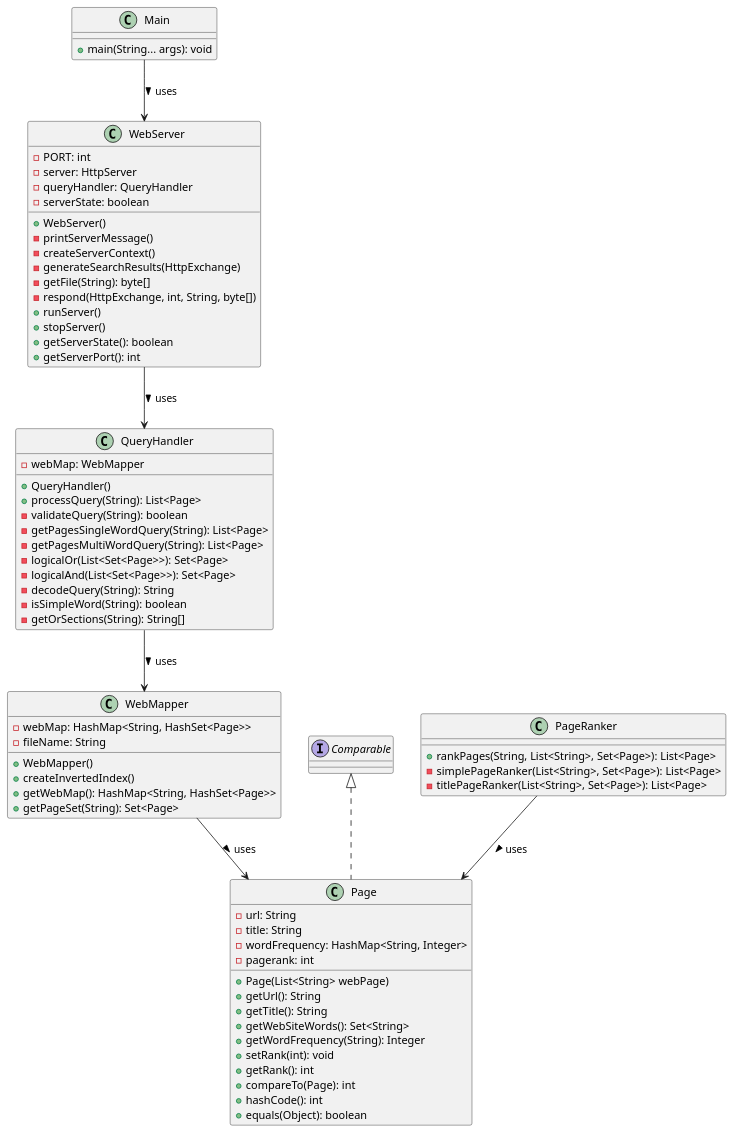
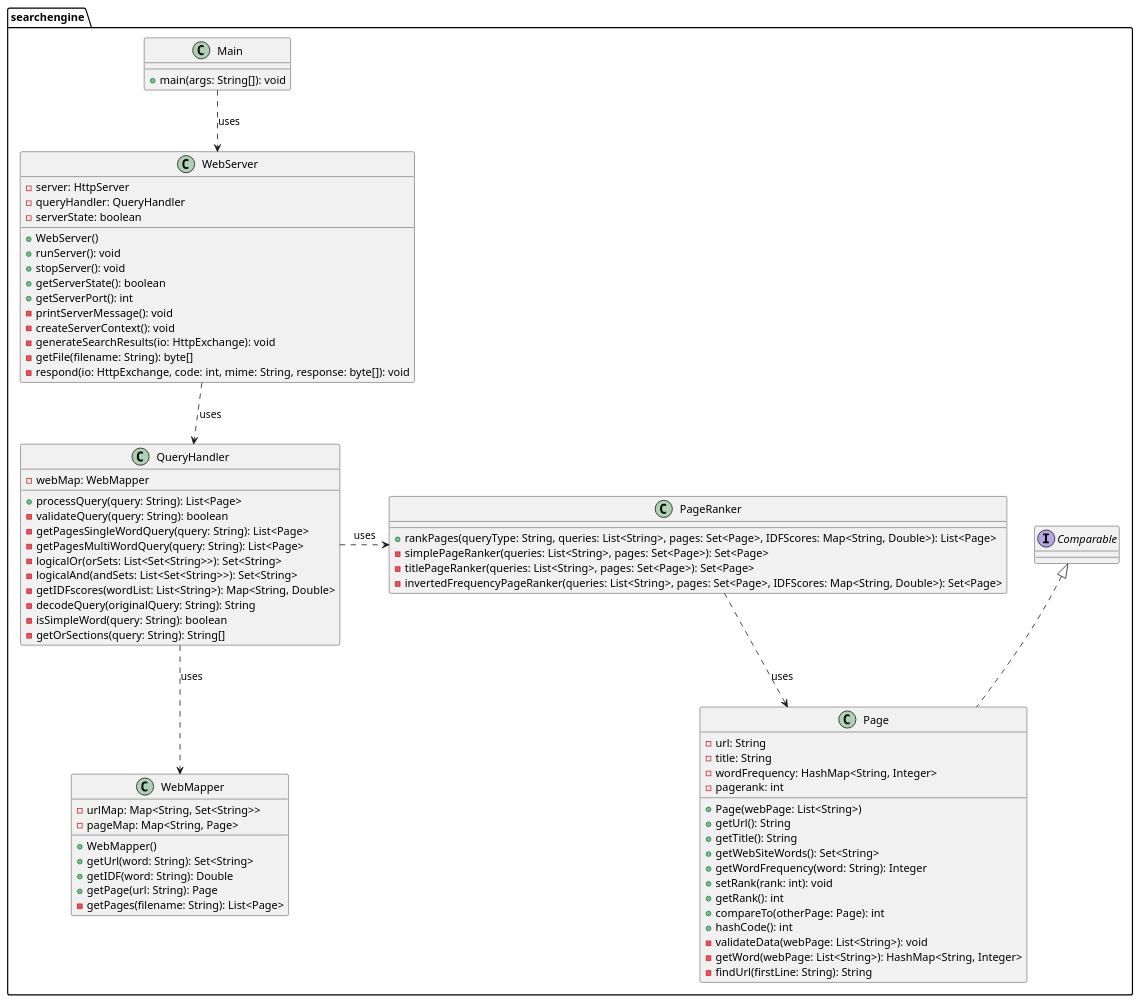
Before and after one commit to lmbenetti/web_search_engine: the diagram in classdiagram.puml, drawn with PlantUML. The commit also changed 2 other files, not shown here.

Commit message:
updated class diagram

```diff
--- a/classdiagram.puml
+++ b/classdiagram.puml
@@ -1,76 +1,80 @@
-@startuml classdiagram
+@startuml
+package searchengine {
 
-class Main {
-    +main(String... args): void
+    class Main {
+        + main(args: String[]): void
+    }
+
+    class Page implements Comparable {
+        - url: String
+        - title: String
+        - wordFrequency: HashMap<String, Integer>
+        - pagerank: int
+        + Page(webPage: List<String>)
+        + getUrl(): String
+        + getTitle(): String
+        + getWebSiteWords(): Set<String>
+        + getWordFrequency(word: String): Integer
+        + setRank(rank: int): void
+        + getRank(): int
+        + compareTo(otherPage: Page): int
+        + hashCode(): int
+        - validateData(webPage: List<String>): void
+        - getWord(webPage: List<String>): HashMap<String, Integer>
+        - findUrl(firstLine: String): String
+    }
+
+    class PageRanker {
+        + rankPages(queryType: String, queries: List<String>, pages: Set<Page>, IDFScores: Map<String, Double>): List<Page>
+        - simplePageRanker(queries: List<String>, pages: Set<Page>): Set<Page>
+        - titlePageRanker(queries: List<String>, pages: Set<Page>): Set<Page>
+        - invertedFrequencyPageRanker(queries: List<String>, pages: Set<Page>, IDFScores: Map<String, Double>): Set<Page>
+    }
+
+    class QueryHandler {
+        - webMap: WebMapper
+        + processQuery(query: String): List<Page>
+        - validateQuery(query: String): boolean
+        - getPagesSingleWordQuery(query: String): List<Page>
+        - getPagesMultiWordQuery(query: String): List<Page>
+        - logicalOr(orSets: List<Set<String>>): Set<String>
+        - logicalAnd(andSets: List<Set<String>>): Set<String>
+        - getIDFscores(wordList: List<String>): Map<String, Double>
+        - decodeQuery(originalQuery: String): String
+        - isSimpleWord(query: String): boolean
+        - getOrSections(query: String): String[]
+    }
+
+    class WebMapper {
+        - urlMap: Map<String, Set<String>>
+        - pageMap: Map<String, Page>
+        + WebMapper()
+        + getUrl(word: String): Set<String>
+        + getIDF(word: String): Double
+        + getPage(url: String): Page
+        - getPages(filename: String): List<Page>
+    }
+
+    class WebServer {
+        - server: HttpServer
+        - queryHandler: QueryHandler
+        - serverState: boolean
+        + WebServer()
+        + runServer(): void
+        + stopServer(): void
+        + getServerState(): boolean
+        + getServerPort(): int
+        - printServerMessage(): void
+        - createServerContext(): void
+        - generateSearchResults(io: HttpExchange): void
+        - getFile(filename: String): byte[]
+        - respond(io: HttpExchange, code: int, mime: String, response: byte[]): void
+    }
+
+    Main .down.> WebServer : uses
+    PageRanker .down.> Page : uses
+    QueryHandler .right.> PageRanker : uses
+    QueryHandler .down.> WebMapper : uses
+    WebServer .down.> QueryHandler : uses
 }
-
-class WebServer {
-    -PORT: int
-    -server: HttpServer
-    -queryHandler: QueryHandler
-    -serverState: boolean
-    +WebServer()
-    -printServerMessage()
-    -createServerContext()
-    -generateSearchResults(HttpExchange)
-    -getFile(String): byte[]
-    -respond(HttpExchange, int, String, byte[])
-    +runServer()
-    +stopServer()
-    +getServerState(): boolean
-    +getServerPort(): int
-}
-
-class QueryHandler {
-    -webMap: WebMapper
-    +QueryHandler()
-    +processQuery(String): List<Page>
-    -validateQuery(String): boolean
-    -getPagesSingleWordQuery(String): List<Page>
-    -getPagesMultiWordQuery(String): List<Page>
-    -logicalOr(List<Set<Page>>): Set<Page>
-    -logicalAnd(List<Set<Page>>): Set<Page>
-    -decodeQuery(String): String
-    -isSimpleWord(String): boolean
-    -getOrSections(String): String[]
-}
-
-class WebMapper {
-    -webMap: HashMap<String, HashSet<Page>>
-    -fileName: String
-    +WebMapper()
-    +createInvertedIndex()
-    +getWebMap(): HashMap<String, HashSet<Page>>
-    +getPageSet(String): Set<Page>
-}
-
-class Page implements Comparable {
-    -url: String
-    -title: String
-    -wordFrequency: HashMap<String, Integer>
-    -pagerank: int
-    +Page(List<String> webPage)
-    +getUrl(): String
-    +getTitle(): String
-    +getWebSiteWords(): Set<String>
-    +getWordFrequency(String): Integer
-    +setRank(int): void
-    +getRank(): int
-    +compareTo(Page): int
-    +hashCode(): int
-    +equals(Object): boolean
-}
-
-class PageRanker {
-    +rankPages(String, List<String>, Set<Page>): List<Page>
-    -simplePageRanker(List<String>, Set<Page>): List<Page>
-    -titlePageRanker(List<String>, Set<Page>): List<Page>
-}
-
-Main --> WebServer : uses >
-WebServer --> QueryHandler : uses >
-QueryHandler --> WebMapper : uses >
-WebMapper --> Page : uses >
-PageRanker --> Page : uses >
-
 @enduml
```
